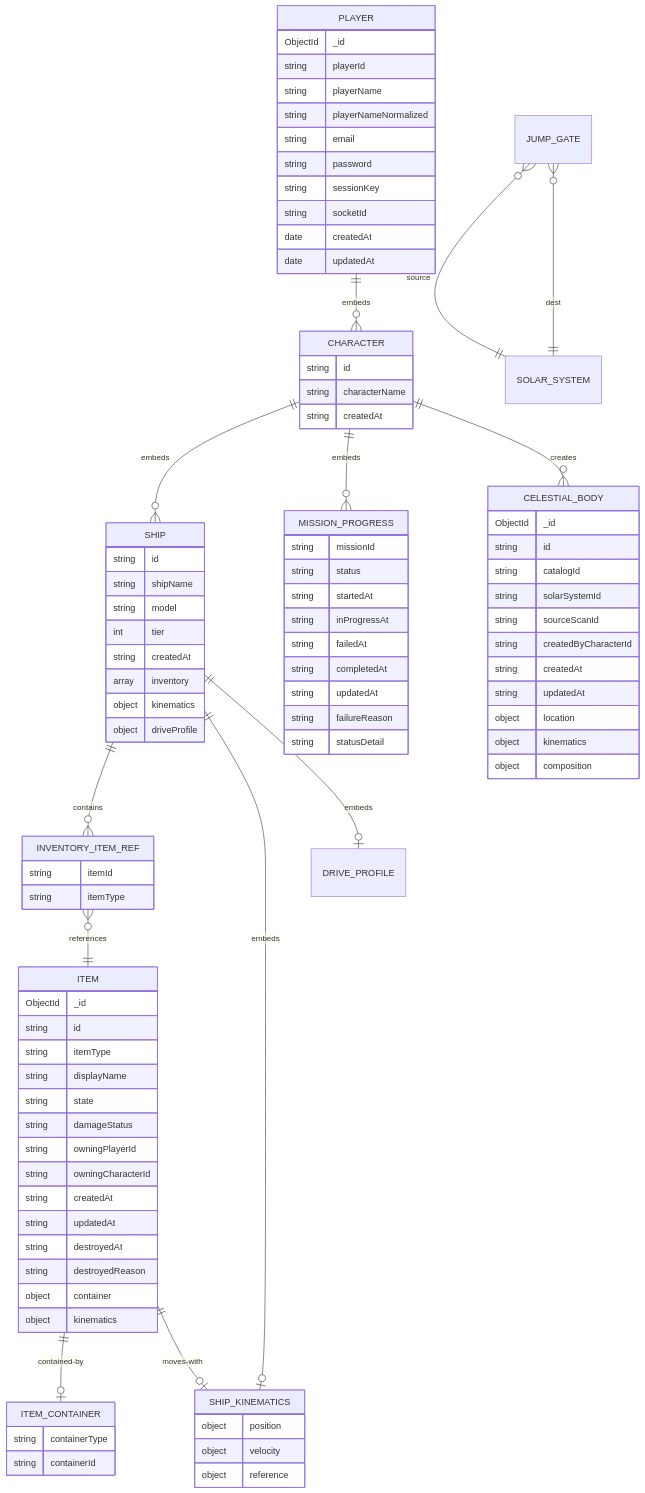
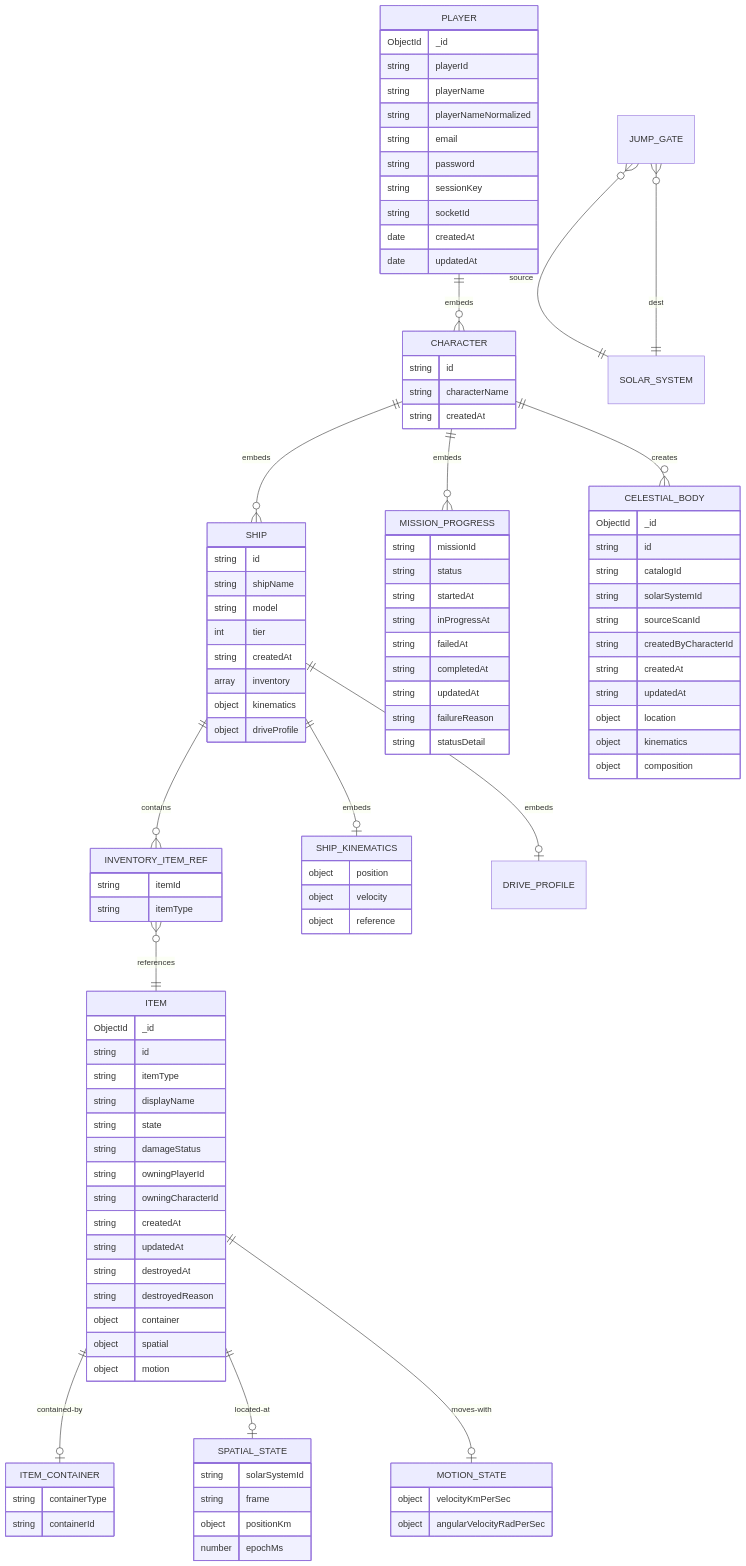
One commit to qagwaai/solid-train changed the diagram in MONGODB_SCHEMA.md. Above: the diagram before and after it, drawn with Mermaid. The commit also changed 25 other files, not shown here.

```diff
--- a/MONGODB_SCHEMA.md
+++ b/MONGODB_SCHEMA.md
@@ -35,7 +35,8 @@
   SHIP ||--o| SHIP_KINEMATICS : embeds
   SHIP ||--o| DRIVE_PROFILE : embeds
   ITEM ||--o| ITEM_CONTAINER : contained-by
-  ITEM ||--o| SHIP_KINEMATICS : moves-with
+  ITEM ||--o| SPATIAL_STATE : located-at
+  ITEM ||--o| MOTION_STATE : moves-with
   JUMP_GATE }o--|| SOLAR_SYSTEM : source
   JUMP_GATE }o--|| SOLAR_SYSTEM : dest
 
@@ -92,6 +93,18 @@
     object reference
   }
 
+  SPATIAL_STATE {
+    string solarSystemId
+    string frame
+    object positionKm
+    number epochMs
+  }
+
+  MOTION_STATE {
+    object velocityKmPerSec
+    object angularVelocityRadPerSec
+  }
+
   ITEM {
     ObjectId _id
     string id
@@ -106,7 +119,8 @@
     string destroyedAt
     string destroyedReason
     object container
-    object kinematics
+    object spatial
+    object motion
   }
 
   ITEM_CONTAINER {
```
